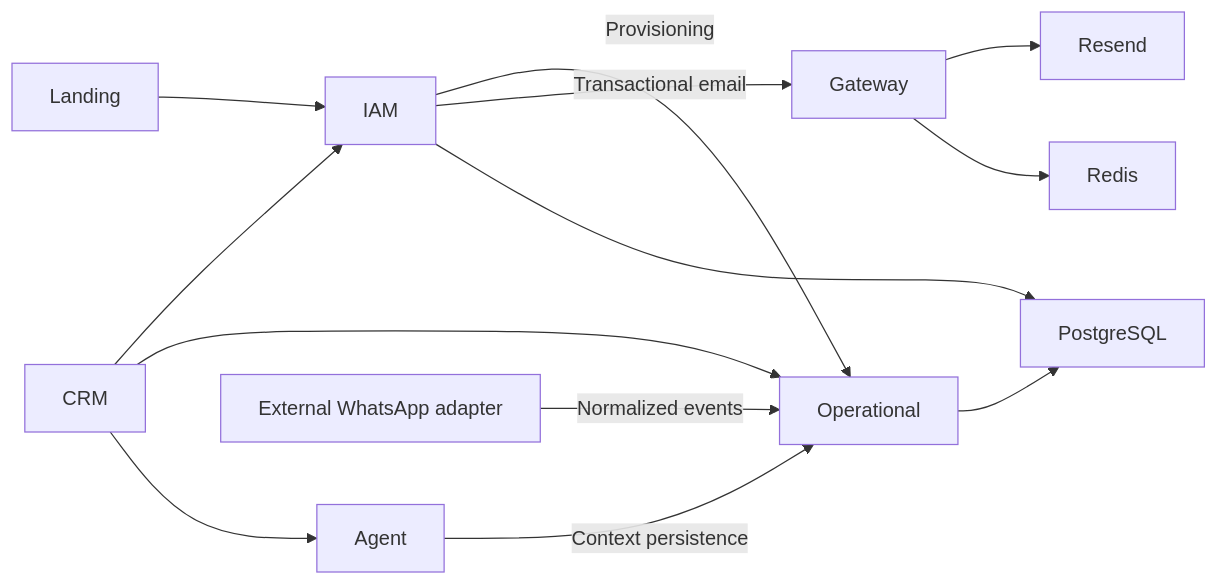
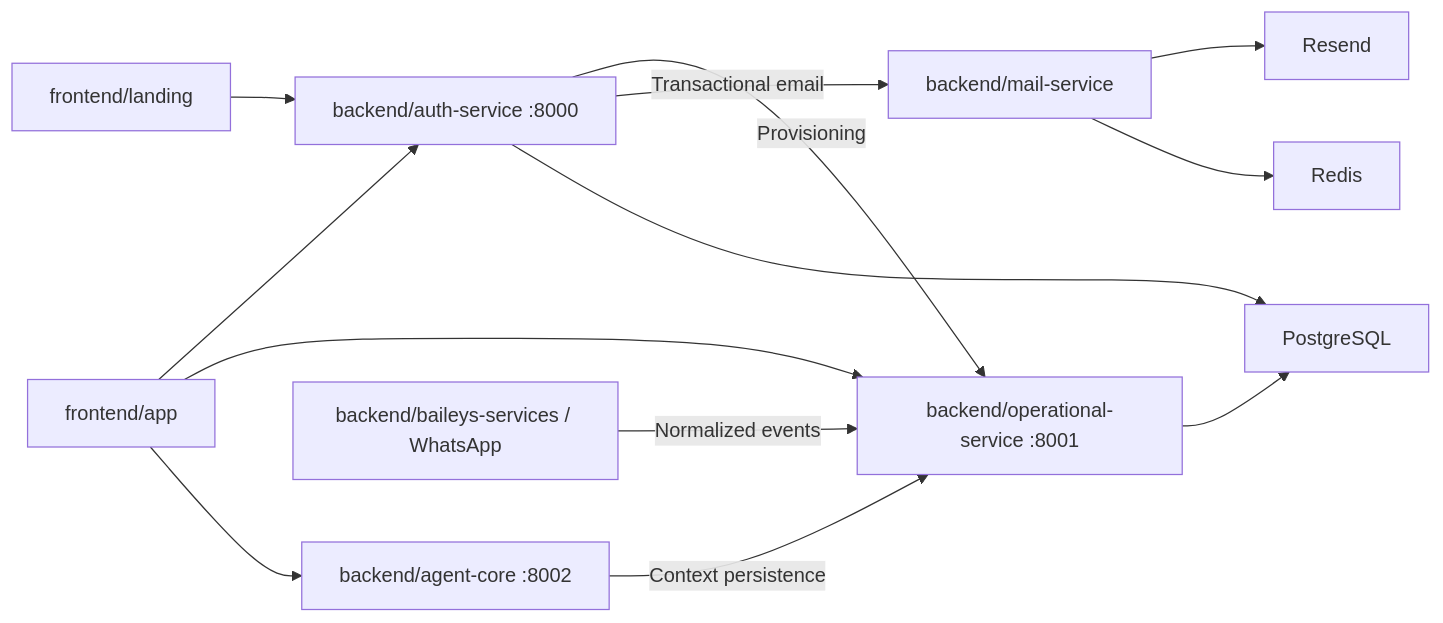
Before and after one commit to Blandskron/KronFlow: the diagram in ARCHITECTURE.md, drawn with Mermaid. The commit also changed other lines of this file and 888 other files, not shown here.

Commit message:
chore(repo): reorganize into backend/, frontend/, deploy/, remove contracts dir, add README screenshots

````diff
--- a/ARCHITECTURE.md
+++ b/ARCHITECTURE.md
@@ -19,15 +20,15 @@
 ```mermaid
 flowchart LR
-  Landing --> IAM
-  CRM --> IAM
-  CRM --> Operational
-  CRM --> Agent
+  Landing[frontend/landing] --> IAM[backend/auth-service :8000]
+  CRM[frontend/app] --> IAM
+  CRM --> Operational[backend/operational-service :8001]
+  CRM --> Agent[backend/agent-core :8002]
   IAM -->|Provisioning| Operational
-  IAM -->|Transactional email| Gateway
+  IAM -->|Transactional email| Gateway[backend/mail-service]
   Gateway --> Resend
   Gateway --> Redis
   Agent -->|Context persistence| Operational
-  Adapter[External WhatsApp adapter] -->|Normalized events| Operational
+  Adapter[backend/baileys-services / WhatsApp] -->|Normalized events| Operational
   IAM --> PostgreSQL
   Operational --> PostgreSQL
 ```
````
